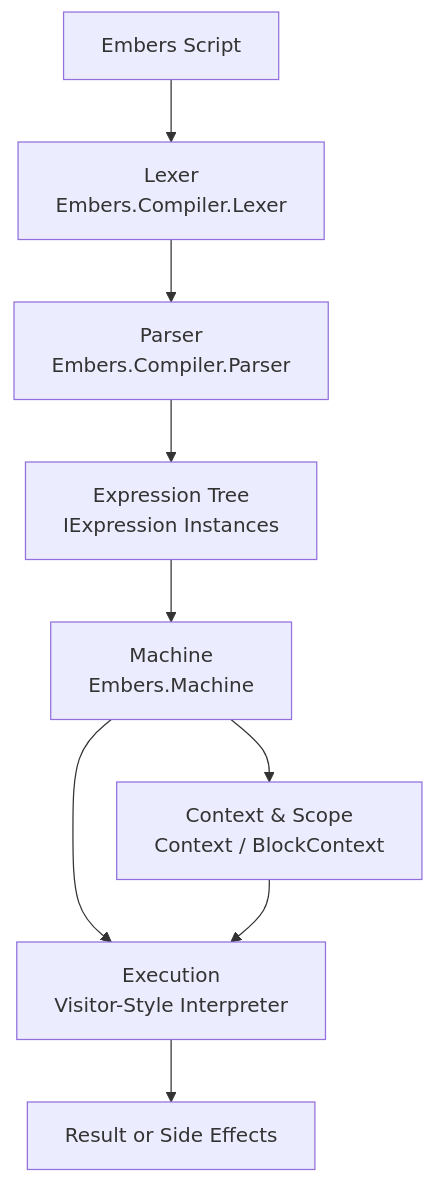
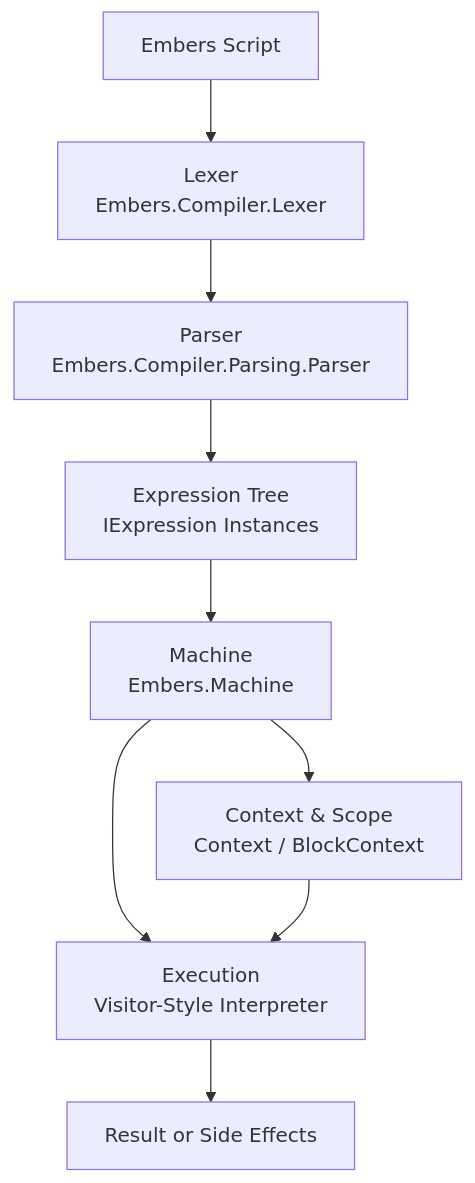
Before and after one commit to kiebor81/embers: the first of 2 diagrams in README.md, drawn with Mermaid.

````diff
--- a/README.md
+++ b/README.md
@@ -44,20 +44,20 @@
 ```mermaid
 flowchart TD
     A[Embers Script]
     B[Lexer<br/>Embers.Compiler.Lexer]
-    C[Parser<br/>Embers.Compiler.Parser]
+    C[Parser<br/>Embers.Compiler.Parsing.Parser]
     D[Expression Tree<br/>IExpression Instances]
     E[Machine<br/>Embers.Machine]
     F[Context & Scope<br/>Context / BlockContext]
     G[Execution<br/>Visitor-Style Interpreter]
     H[Result or Side Effects]
 
     A --> B
     B --> C
     C --> D
     D --> E
     E --> F
     E --> G
     F --> G
     G --> H
 ```
````
